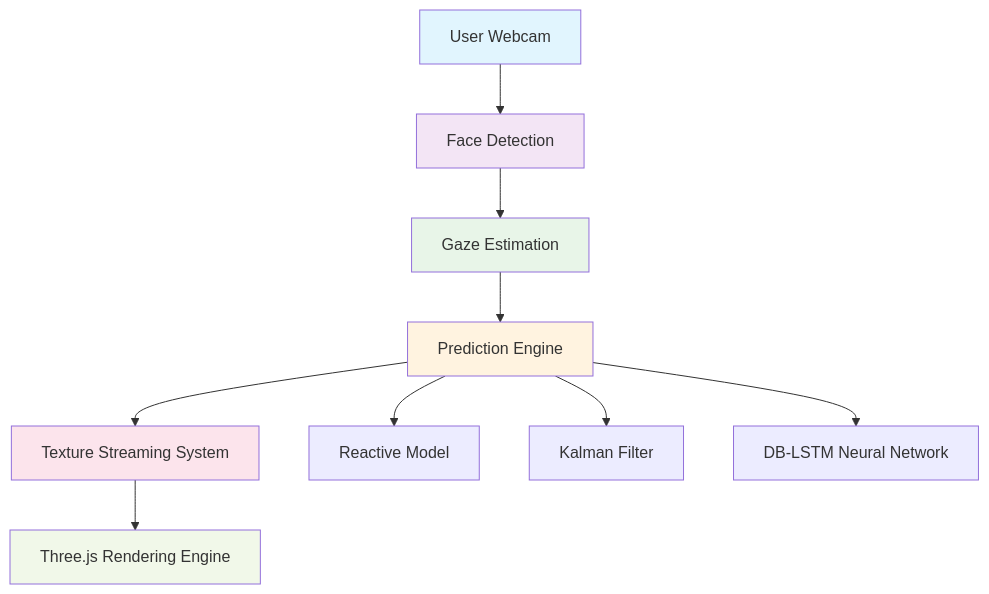
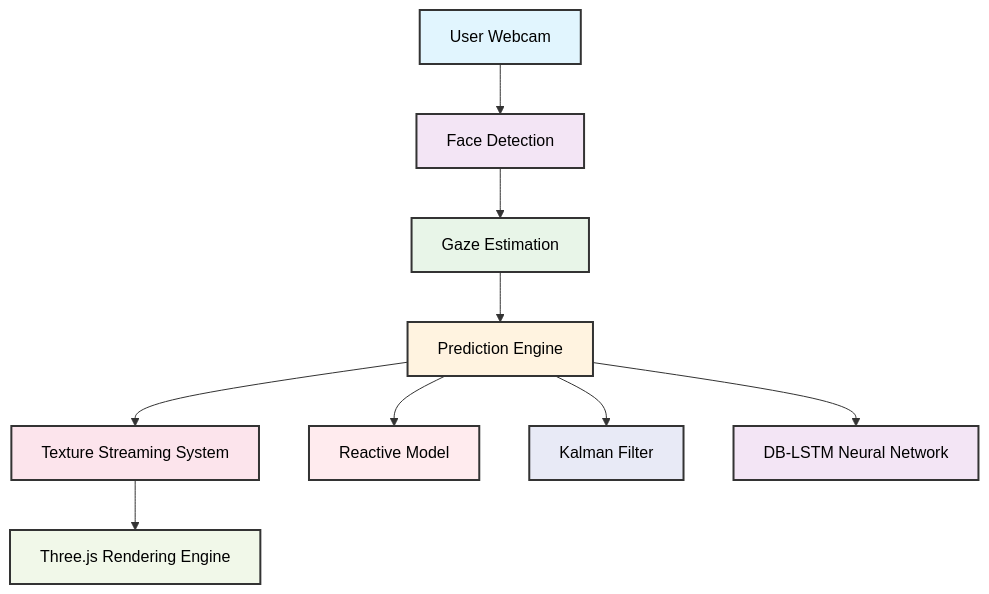
The first of 3 diagrams in README.md (prithviir4j/gaze-texture-enhancement), drawn with Mermaid before and after one commit. The commit also changed other lines of this file, not shown here.

````diff
--- a/README.md
+++ b/README.md
@@ -77,19 +77,22 @@
 ```mermaid
 graph TD
     A[User Webcam] --> B[Face Detection]
     B --> C[Gaze Estimation]
     C --> D[Prediction Engine]
     D --> E[Texture Streaming System]
     E --> F[Three.js Rendering Engine]
     
     D --> D1[Reactive Model]
     D --> D2[Kalman Filter]
     D --> D3[DB-LSTM Neural Network]
     
-    style A fill:#e1f5fe
-    style B fill:#f3e5f5
-    style C fill:#e8f5e8
-    style D fill:#fff3e0
-    style E fill:#fce4ec
-    style F fill:#f1f8e9
+    style A fill:#e1f5fe,stroke:#333,stroke-width:2px,color:#000
+    style B fill:#f3e5f5,stroke:#333,stroke-width:2px,color:#000
+    style C fill:#e8f5e8,stroke:#333,stroke-width:2px,color:#000
+    style D fill:#fff3e0,stroke:#333,stroke-width:2px,color:#000
+    style E fill:#fce4ec,stroke:#333,stroke-width:2px,color:#000
+    style F fill:#f1f8e9,stroke:#333,stroke-width:2px,color:#000
+    style D1 fill:#ffebee,stroke:#333,stroke-width:2px,color:#000
+    style D2 fill:#e8eaf6,stroke:#333,stroke-width:2px,color:#000
+    style D3 fill:#f3e5f5,stroke:#333,stroke-width:2px,color:#000
 ```
````
